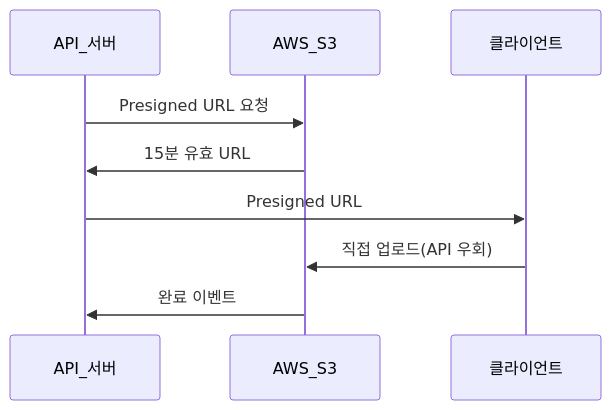
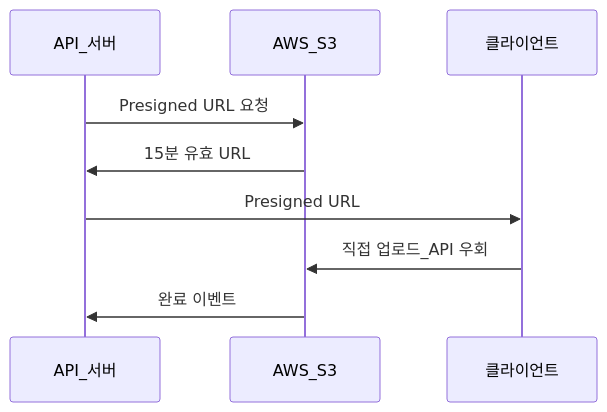
One commit to yjkim2015/yjkim2015.github.io changed the third of 12 diagrams in _posts/systemdesign/2026-05-03-system-design-video-streaming.md. Above: the diagram before and after it, drawn with Mermaid. The commit also changed other lines of this file and 85 other files, not shown here.

First line of the commit message:
sequenceDiagram 문법 에러 2차 수정 169개 (86파일)

````diff
--- a/_posts/systemdesign/2026-05-03-system-design-video-streaming.md
+++ b/_posts/systemdesign/2026-05-03-system-design-video-streaming.md
@@ -187,8 +187,8 @@
 ```mermaid
 sequenceDiagram
     API_서버->>AWS_S3: Presigned URL 요청
     AWS_S3->>API_서버: 15분 유효 URL
     API_서버->>클라이언트: Presigned URL
-    클라이언트->>AWS_S3: 직접 업로드(API 우회)
+    클라이언트->>AWS_S3: 직접 업로드_API 우회
     AWS_S3->>API_서버: 완료 이벤트
 ```
````
